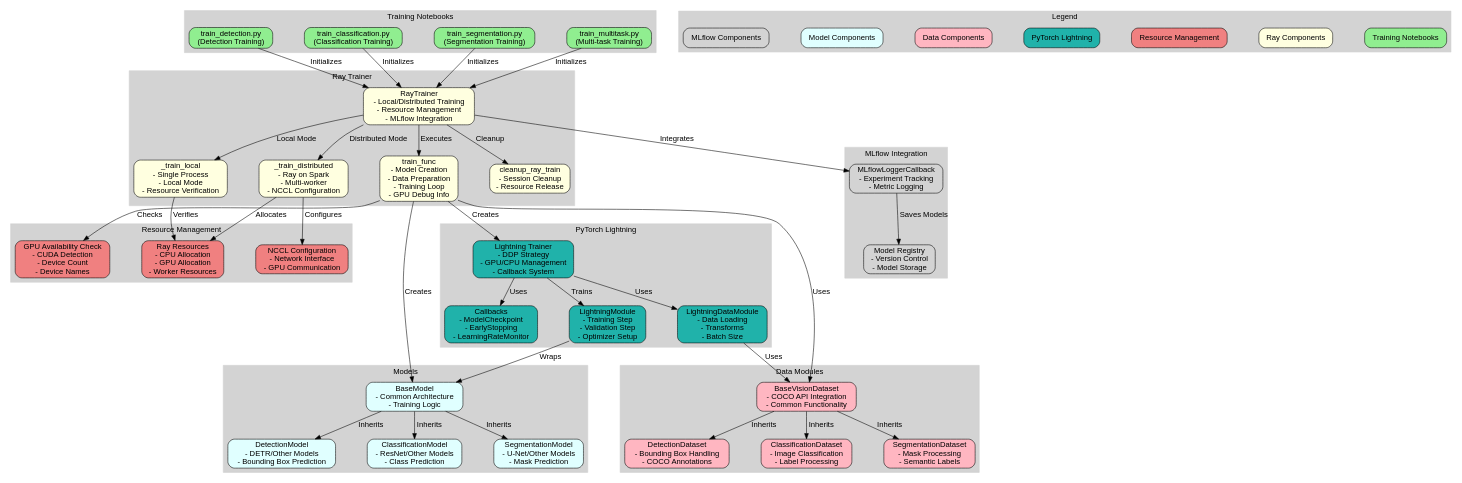
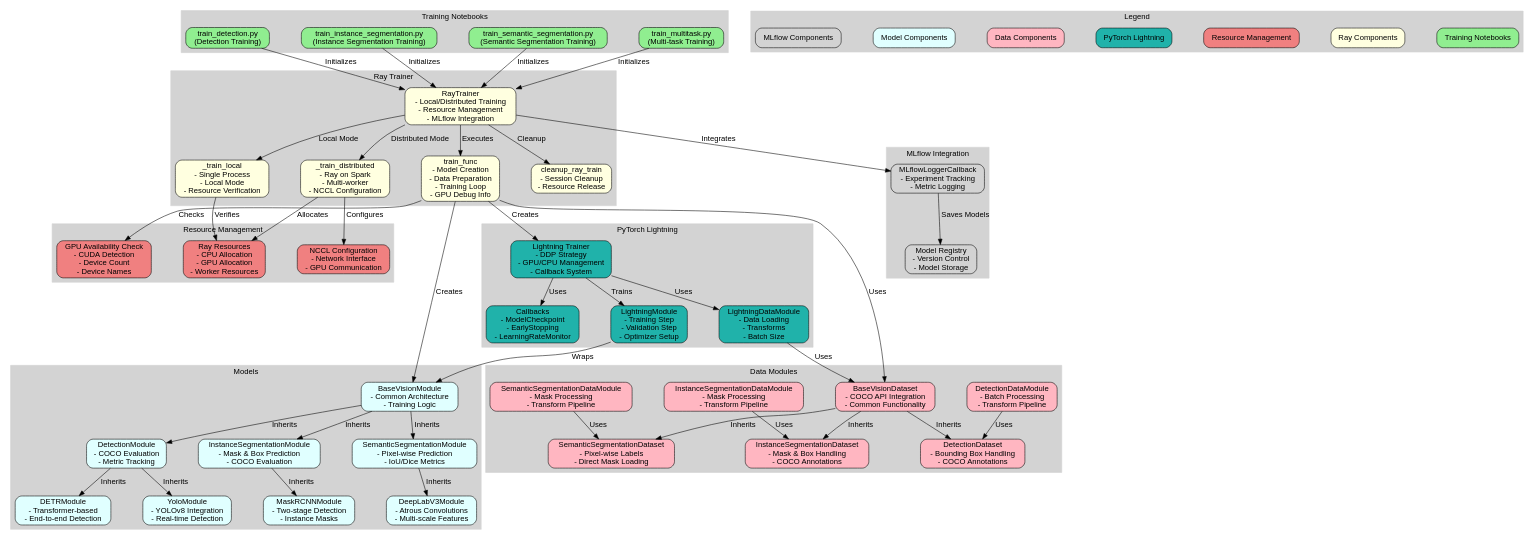
The diagram in docs/architecture.dot (Aradhya0510/databricks_cv_reference), drawn with Graphviz before and after one commit. The commit also changed 16 other files, not shown here.

Commit message:
add task for instance segmentation

```diff
--- a/docs/architecture.dot
+++ b/docs/architecture.dot
@@ -1,149 +1,181 @@
 digraph G {
     // Graph styling
     graph [fontname = "helvetica", rankdir = TB, splines = true, nodesep = 0.8];
     node [fontname = "helvetica", shape = box, style = "rounded,filled", fillcolor = lightblue];
     edge [fontname = "helvetica"];
 
     // Subgraph for Training Notebooks
     subgraph cluster_notebooks {
         label = "Training Notebooks";
         style = filled;
         color = lightgrey;
         node [style = "rounded,filled", fillcolor = lightgreen];
 
         notebook1 [label = "train_detection.py\n(Detection Training)"];
-        notebook2 [label = "train_classification.py\n(Classification Training)"];
-        notebook3 [label = "train_segmentation.py\n(Segmentation Training)"];
+        notebook2 [label = "train_instance_segmentation.py\n(Instance Segmentation Training)"];
+        notebook3 [label = "train_semantic_segmentation.py\n(Semantic Segmentation Training)"];
         notebook4 [label = "train_multitask.py\n(Multi-task Training)"];
     }
 
     // Subgraph for Ray Trainer
     subgraph cluster_trainer {
         label = "Ray Trainer";
         style = filled;
         color = lightgrey;
         node [style = "rounded,filled", fillcolor = lightyellow];
 
         ray_trainer [label = "RayTrainer\n- Local/Distributed Training\n- Resource Management\n- MLflow Integration"];
         train_func [label = "train_func\n- Model Creation\n- Data Preparation\n- Training Loop\n- GPU Debug Info"];
         train_local [label = "_train_local\n- Single Process\n- Local Mode\n- Resource Verification"];
         train_dist [label = "_train_distributed\n- Ray on Spark\n- Multi-worker\n- NCCL Configuration"];
         cleanup [label = "cleanup_ray_train\n- Session Cleanup\n- Resource Release"];
     }
 
     // Subgraph for Resource Management
     subgraph cluster_resources {
         label = "Resource Management";
         style = filled;
         color = lightgrey;
         node [style = "rounded,filled", fillcolor = lightcoral];
 
         gpu_check [label = "GPU Availability Check\n- CUDA Detection\n- Device Count\n- Device Names"];
         ray_resources [label = "Ray Resources\n- CPU Allocation\n- GPU Allocation\n- Worker Resources"];
         nccl_config [label = "NCCL Configuration\n- Network Interface\n- GPU Communication"];
     }
 
     // Subgraph for PyTorch Lightning
     subgraph cluster_lightning {
         label = "PyTorch Lightning";
         style = filled;
         color = lightgrey;
         node [style = "rounded,filled", fillcolor = lightseagreen];
 
         pl_trainer [label = "Lightning Trainer\n- DDP Strategy\n- GPU/CPU Management\n- Callback System"];
         pl_callbacks [label = "Callbacks\n- ModelCheckpoint\n- EarlyStopping\n- LearningRateMonitor"];
         pl_module [label = "LightningModule\n- Training Step\n- Validation Step\n- Optimizer Setup"];
         pl_data [label = "LightningDataModule\n- Data Loading\n- Transforms\n- Batch Size"];
     }
 
     // Subgraph for Data Modules
     subgraph cluster_data {
         label = "Data Modules";
         style = filled;
         color = lightgrey;
         node [style = "rounded,filled", fillcolor = lightpink];
 
         base_dataset [label = "BaseVisionDataset\n- COCO API Integration\n- Common Functionality"];
+        
+        // Detection Data
         detection_data [label = "DetectionDataset\n- Bounding Box Handling\n- COCO Annotations"];
-        classification_data [label = "ClassificationDataset\n- Image Classification\n- Label Processing"];
-        segmentation_data [label = "SegmentationDataset\n- Mask Processing\n- Semantic Labels"];
+        detection_dm [label = "DetectionDataModule\n- Batch Processing\n- Transform Pipeline"];
+        
+        // Instance Segmentation Data
+        instance_data [label = "InstanceSegmentationDataset\n- Mask & Box Handling\n- COCO Annotations"];
+        instance_dm [label = "InstanceSegmentationDataModule\n- Mask Processing\n- Transform Pipeline"];
+        
+        // Semantic Segmentation Data
+        semantic_data [label = "SemanticSegmentationDataset\n- Pixel-wise Labels\n- Direct Mask Loading"];
+        semantic_dm [label = "SemanticSegmentationDataModule\n- Mask Processing\n- Transform Pipeline"];
     }
 
     // Subgraph for Models
     subgraph cluster_models {
         label = "Models";
         style = filled;
         color = lightgrey;
         node [style = "rounded,filled", fillcolor = lightcyan];
 
-        base_model [label = "BaseModel\n- Common Architecture\n- Training Logic"];
-        detection_model [label = "DetectionModel\n- DETR/Other Models\n- Bounding Box Prediction"];
-        classification_model [label = "ClassificationModel\n- ResNet/Other Models\n- Class Prediction"];
-        segmentation_model [label = "SegmentationModel\n- U-Net/Other Models\n- Mask Prediction"];
+        base_model [label = "BaseVisionModule\n- Common Architecture\n- Training Logic"];
+        
+        // Detection Models
+        detection_model [label = "DetectionModule\n- COCO Evaluation\n- Metric Tracking"];
+        detr_model [label = "DETRModule\n- Transformer-based\n- End-to-end Detection"];
+        yolo_model [label = "YoloModule\n- YOLOv8 Integration\n- Real-time Detection"];
+        
+        // Instance Segmentation Models
+        instance_model [label = "InstanceSegmentationModule\n- Mask & Box Prediction\n- COCO Evaluation"];
+        maskrcnn_model [label = "MaskRCNNModule\n- Two-stage Detection\n- Instance Masks"];
+        
+        // Semantic Segmentation Models
+        semantic_model [label = "SemanticSegmentationModule\n- Pixel-wise Prediction\n- IoU/Dice Metrics"];
+        deeplabv3_model [label = "DeepLabV3Module\n- Atrous Convolutions\n- Multi-scale Features"];
     }
 
     // Subgraph for MLflow Integration
     subgraph cluster_mlflow {
         label = "MLflow Integration";
         style = filled;
         color = lightgrey;
         node [style = "rounded,filled", fillcolor = lightgrey];
 
         mlflow_logger [label = "MLflowLoggerCallback\n- Experiment Tracking\n- Metric Logging"];
         model_registry [label = "Model Registry\n- Version Control\n- Model Storage"];
     }
 
     // Connections
     notebook1 -> ray_trainer [label = "Initializes"];
     notebook2 -> ray_trainer [label = "Initializes"];
     notebook3 -> ray_trainer [label = "Initializes"];
     notebook4 -> ray_trainer [label = "Initializes"];
 
     ray_trainer -> train_func [label = "Executes"];
     ray_trainer -> train_local [label = "Local Mode"];
     ray_trainer -> train_dist [label = "Distributed Mode"];
     ray_trainer -> cleanup [label = "Cleanup"];
 
     train_func -> gpu_check [label = "Checks"];
     train_dist -> nccl_config [label = "Configures"];
     train_local -> ray_resources [label = "Verifies"];
     train_dist -> ray_resources [label = "Allocates"];
 
     train_func -> pl_trainer [label = "Creates"];
     pl_trainer -> pl_callbacks [label = "Uses"];
     pl_trainer -> pl_module [label = "Trains"];
     pl_trainer -> pl_data [label = "Uses"];
 
     pl_module -> base_model [label = "Wraps"];
     pl_data -> base_dataset [label = "Uses"];
 
     train_func -> base_dataset [label = "Uses"];
     train_func -> base_model [label = "Creates"];
 
+    // Data Module Inheritance
     base_dataset -> detection_data [label = "Inherits"];
-    base_dataset -> classification_data [label = "Inherits"];
-    base_dataset -> segmentation_data [label = "Inherits"];
+    base_dataset -> instance_data [label = "Inherits"];
+    base_dataset -> semantic_data [label = "Inherits"];
+    
+    // Data Module Dependencies
+    detection_dm -> detection_data [label = "Uses"];
+    instance_dm -> instance_data [label = "Uses"];
+    semantic_dm -> semantic_data [label = "Uses"];
 
+    // Model Inheritance
     base_model -> detection_model [label = "Inherits"];
-    base_model -> classification_model [label = "Inherits"];
-    base_model -> segmentation_model [label = "Inherits"];
+    base_model -> instance_model [label = "Inherits"];
+    base_model -> semantic_model [label = "Inherits"];
+    
+    // Model-specific Implementations
+    detection_model -> detr_model [label = "Inherits"];
+    detection_model -> yolo_model [label = "Inherits"];
+    instance_model -> maskrcnn_model [label = "Inherits"];
+    semantic_model -> deeplabv3_model [label = "Inherits"];
 
     ray_trainer -> mlflow_logger [label = "Integrates"];
     mlflow_logger -> model_registry [label = "Saves Models"];
 
     // Legend
     subgraph cluster_legend {
         label = "Legend";
         style = filled;
         color = lightgrey;
         node [style = "rounded,filled", fillcolor = white];
 
         l1 [label = "Training Notebooks", fillcolor = lightgreen];
         l2 [label = "Ray Components", fillcolor = lightyellow];
         l3 [label = "Resource Management", fillcolor = lightcoral];
         l4 [label = "PyTorch Lightning", fillcolor = lightseagreen];
         l5 [label = "Data Components", fillcolor = lightpink];
         l6 [label = "Model Components", fillcolor = lightcyan];
         l7 [label = "MLflow Components", fillcolor = lightgrey];
     }
 } 
```
